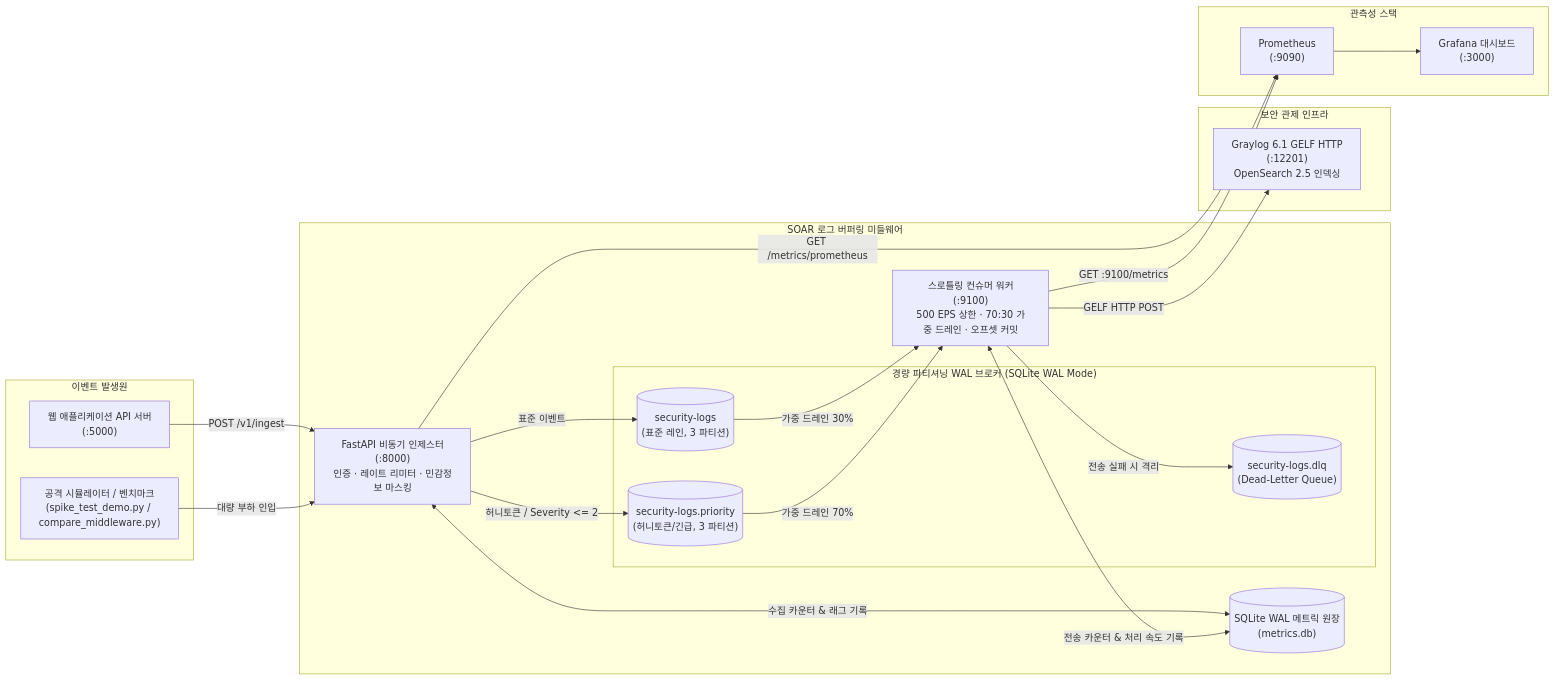
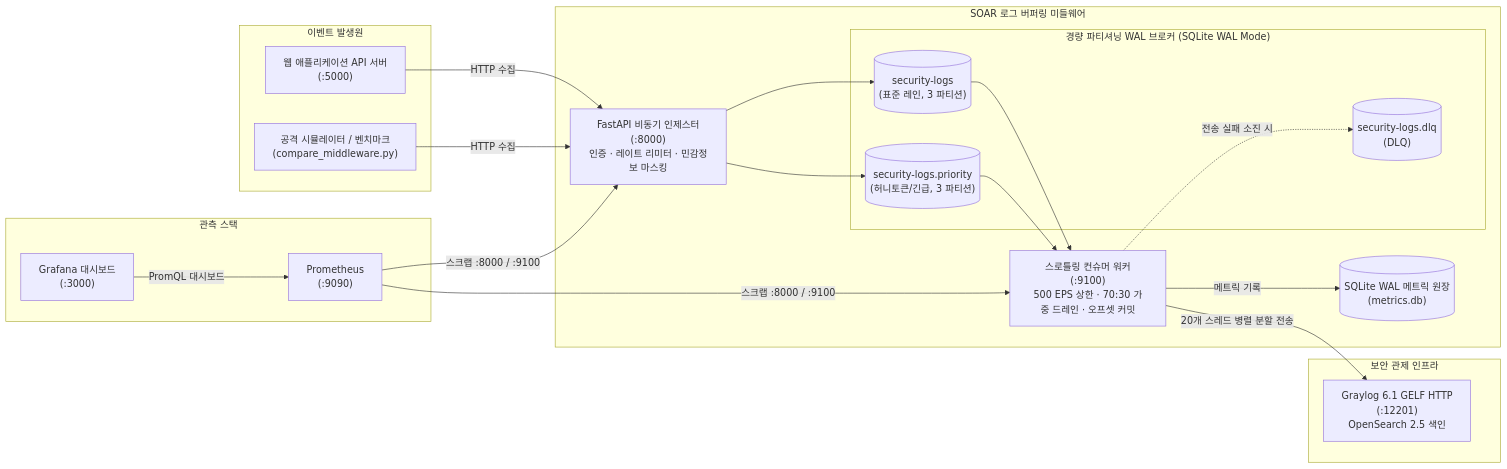
One commit to altdmfk/network-team03 changed the diagram in scenario2-middleware/README.md. Above: the diagram before and after it, drawn with Mermaid. The commit also changed other lines of this file and 1 other file, not shown here.

First line of the commit message:
docs(scenario2): 가이드 문서 및 README 벤치마크 절차와 문체 최신화

````diff
--- a/scenario2-middleware/README.md
+++ b/scenario2-middleware/README.md
@@ -122,43 +123,42 @@
 ```mermaid
 flowchart LR
     subgraph Producers["이벤트 발생원"]
         A["웹 애플리케이션 API 서버<br/>(:5000)"]
-        B["공격 시뮬레이터 / 벤치마크<br/>(spike_test_demo.py / compare_middleware.py)"]
+        B["공격 시뮬레이터 / 벤치마크<br/>(compare_middleware.py)"]
     end
 
     subgraph Middleware["SOAR 로그 버퍼링 미들웨어"]
         D["FastAPI 비동기 인제스터<br/>(:8000)<br/>인증 · 레이트 리미터 · 민감정보 마스킹"]
         
         subgraph LightweightBroker["경량 파티셔닝 WAL 브로커 (SQLite WAL Mode)"]
             E1[("security-logs<br/>(표준 레인, 3 파티션)")]
             E2[("security-logs.priority<br/>(허니토큰/긴급, 3 파티션)")]
-            E3[("security-logs.dlq<br/>(Dead-Letter Queue)")]
+            E3[("security-logs.dlq<br/>(DLQ)")]
         end
 
         F["스로틀링 컨슈머 워커<br/>(:9100)<br/>500 EPS 상한 · 70:30 가중 드레인 · 오프셋 커밋"]
         G[("SQLite WAL 메트릭 원장<br/>(metrics.db)")]
     end
 
     subgraph SIEM["보안 관제 인프라"]
-        I["Graylog 6.1 GELF HTTP<br/>(:12201)<br/>OpenSearch 2.5 인덱싱"]
+        I["Graylog 6.1 GELF HTTP<br/>(:12201)<br/>OpenSearch 2.5 색인"]
     end
 
-    subgraph Observability["관측성 스택"]
+    subgraph Observability["관측 스택"]
         J["Prometheus<br/>(:9090)"]
         K["Grafana 대시보드<br/>(:3000)"]
     end
 
-    A -->|POST /v1/ingest| D
-    B -->|대량 부하 인입| D
-    D -->|표준 이벤트| E1
-    D -->|허니토큰 / Severity <= 2| E2
-    E1 -->|가중 드레인 30%| F
-    E2 -->|가중 드레인 70%| F
-    F -->|GELF HTTP POST| I
-    F -->|전송 실패 시 격리| E3
-    D <-->|수집 카운터 & 래그 기록| G
-    F <-->|전송 카운터 & 처리 속도 기록| G
-    D -->|GET /metrics/prometheus| J
-    F -->|GET :9100/metrics| J
-    J --> K
+    A -->|HTTP 수집| D
+    B -->|HTTP 수집| D
+    D --> E1
+    D --> E2
+    E1 --> F
+    E2 --> F
+    F -->|20개 스레드 병렬 분할 전송| I
+    F -.->|전송 실패 소진 시| E3
+    F -->|메트릭 기록| G
+    J -->|스크랩 :8000 / :9100| D
+    J -->|스크랩 :8000 / :9100| F
+    K -->|PromQL 대시보드| J
 ```
````
